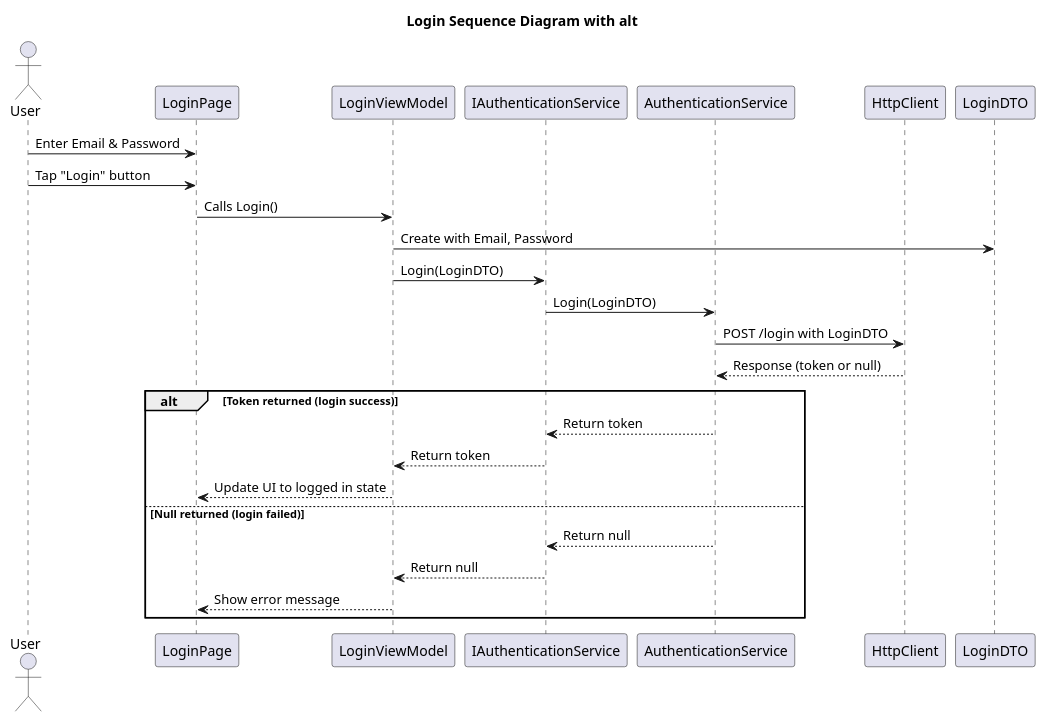
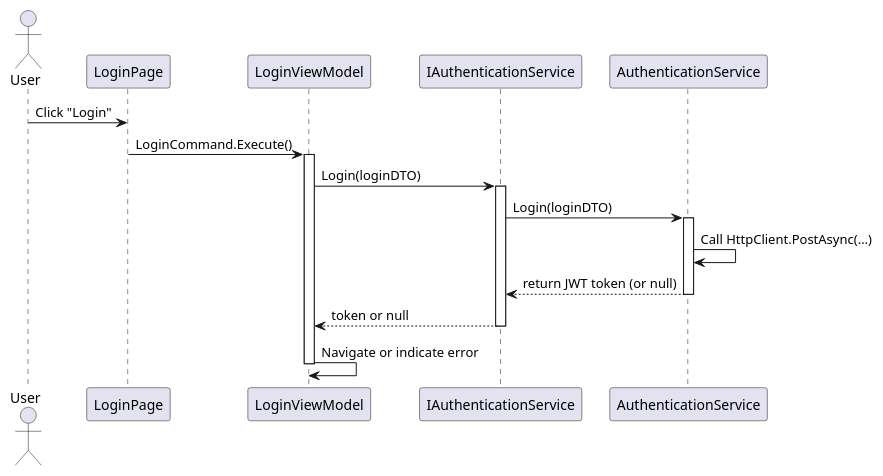
The diagram in diagrams/maui/login-sequence.puml (a-chiha/FinanceTrackerBackend), drawn with PlantUML before and after one commit. The commit also changed 11 other files, not shown here.

```diff
--- a/diagrams/maui/login-sequence.puml
+++ b/diagrams/maui/login-sequence.puml
@@ -1,30 +1,31 @@
 @startuml
-title Login Sequence Diagram with alt
-
 actor User
 participant LoginPage
 participant LoginViewModel
 participant IAuthenticationService
 participant AuthenticationService
-participant HttpClient
 
-User -> LoginPage : Enter Email & Password
-User -> LoginPage : Tap "Login" button
-LoginPage -> LoginViewModel : Calls Login()
-LoginViewModel -> LoginDTO : Create with Email, Password
-LoginViewModel -> IAuthenticationService : Login(LoginDTO)
-IAuthenticationService -> AuthenticationService : Login(LoginDTO)
-AuthenticationService -> HttpClient : POST /login with LoginDTO
-HttpClient --> AuthenticationService : Response (token or null)
 
-alt Token returned (login success)
-    AuthenticationService --> IAuthenticationService : Return token
-    IAuthenticationService --> LoginViewModel : Return token
-    LoginViewModel --> LoginPage : Update UI to logged in state
-else Null returned (login failed)
-    AuthenticationService --> IAuthenticationService : Return null
-    IAuthenticationService --> LoginViewModel : Return null
-    LoginViewModel --> LoginPage : Show error message
-end
+User -> LoginPage : Click "Login"
+LoginPage -> LoginViewModel : LoginCommand.Execute()
+
+activate LoginViewModel
+
+LoginViewModel -> IAuthenticationService : Login(loginDTO)
+activate IAuthenticationService
+
+IAuthenticationService -> AuthenticationService : Login(loginDTO)
+activate AuthenticationService
+
+AuthenticationService -> AuthenticationService : Call HttpClient.PostAsync(...)
+AuthenticationService --> IAuthenticationService : return JWT token (or null)
+deactivate AuthenticationService
+
+IAuthenticationService --> LoginViewModel : token or null
+deactivate IAuthenticationService
+
+LoginViewModel -> LoginViewModel : Navigate or indicate error
+
+deactivate LoginViewModel
 
 @enduml
```
